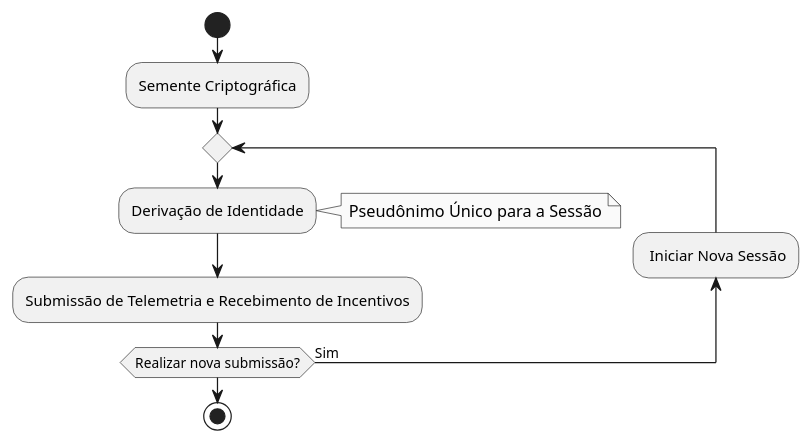
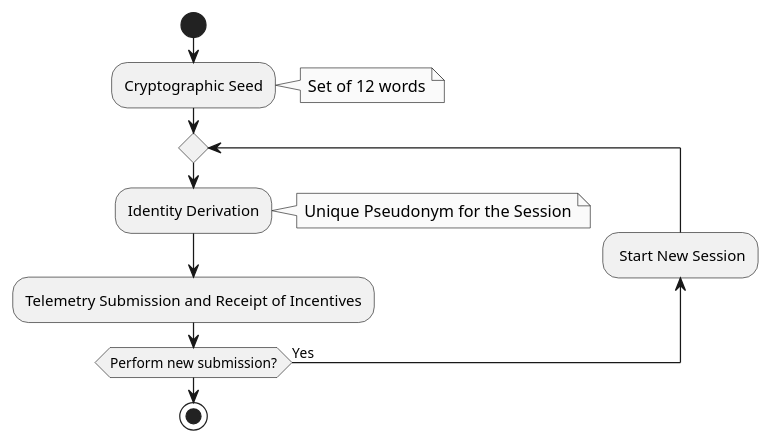
One commit to Victor07july/besu-blockchain-inmetro changed the diagram in contracts/privacy/DIAGRAMAS/diagramas/diagrama.puml. Above: the diagram before and after it, drawn with PlantUML. The commit also changed 143 other files, not shown here.

```diff
--- a/contracts/privacy/DIAGRAMAS/diagramas/diagrama.puml
+++ b/contracts/privacy/DIAGRAMAS/diagramas/diagrama.puml
@@ -1,20 +1,20 @@
 @startuml
 skinparam monochrome true
 skinparam shadowing false
 skinparam defaultFontName Arial
 
 start
-:Semente Criptográfica;
-
+:Cryptographic Seed;
+note right: Set of 12 words
 
 repeat
-  :Derivação de Identidade;
-  note right: Pseudônimo Único para a Sessão
+  :Identity Derivation;
+  note right: Unique Pseudonym for the Session
   
-  :Submissão de Telemetria e Recebimento de Incentivos;
+  :Telemetry Submission and Receipt of Incentives;
   
-backward: Iniciar Nova Sessão;
-repeat while (Realizar nova submissão?) is (Sim)
+backward: Start New Session;
+repeat while (Perform new submission?) is (Yes)
 
 stop
 @enduml
```
